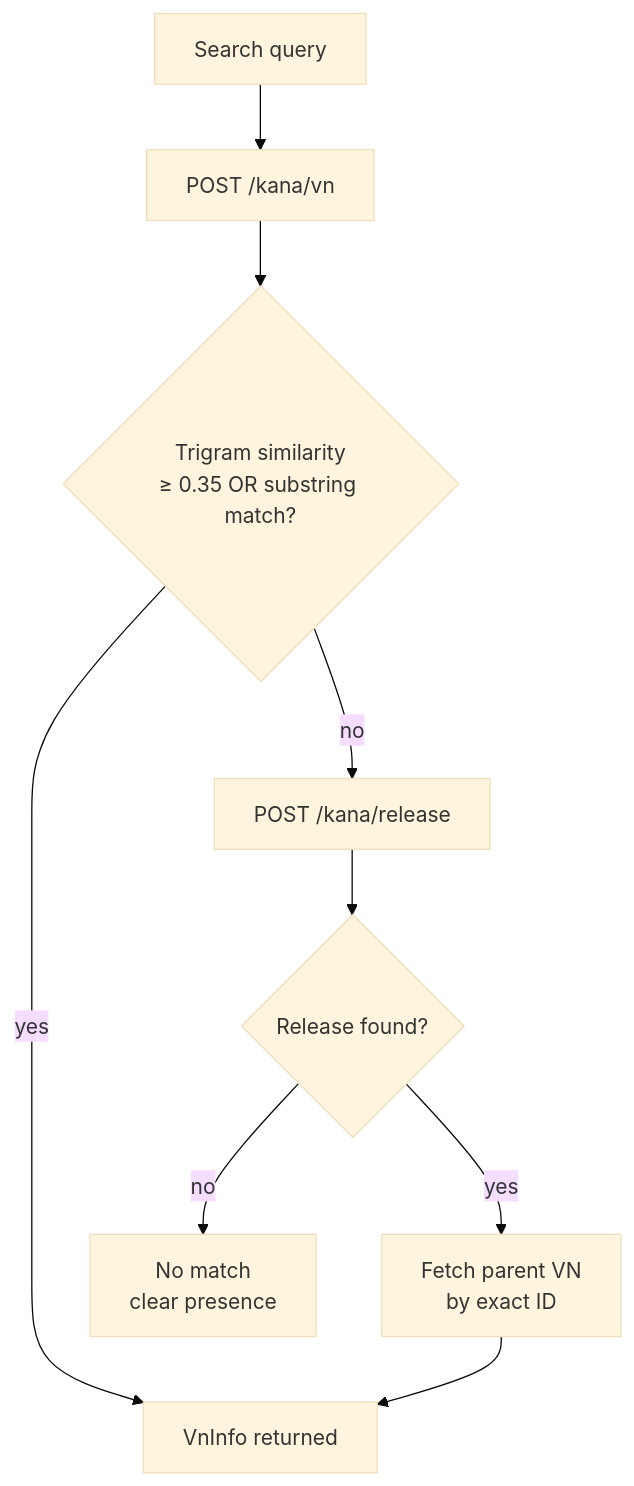
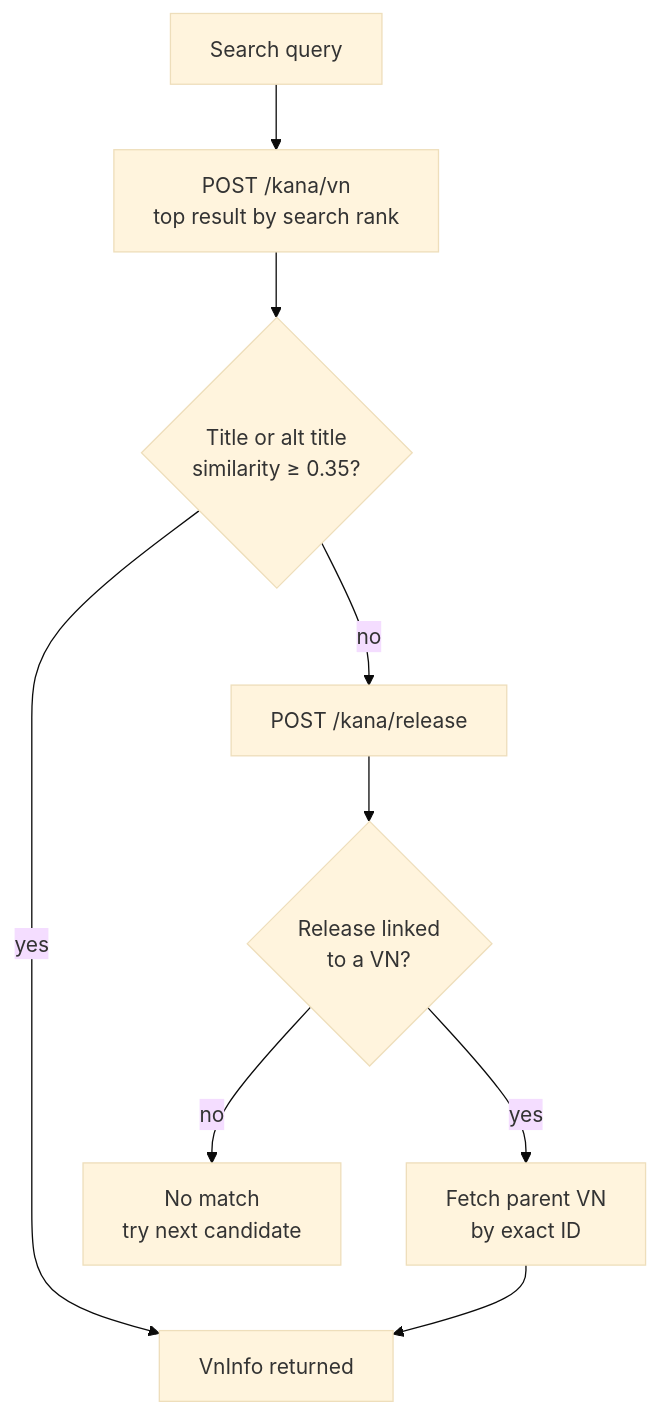
The fourth of 6 diagrams in README.md (jayng9663/VN-Presence), drawn with Mermaid (base theme) before and after one commit. The commit also changed other lines of this file, not shown here.

Commit message:
docs: fix flowchart line breaks and match charts to current behaviour

````diff
--- a/README.md
+++ b/README.md
@@ -94,11 +112,11 @@
 ```mermaid
 flowchart TD
-    Q[Search query] --> VN[POST /kana/vn]
-    VN --> SIM{Trigram similarity\n≥ 0.35 OR substring match?}
+    Q[Search query] --> VN[POST /kana/vn<br>top result by search rank]
+    VN --> SIM{Title or alt title<br>similarity ≥ 0.35?}
     SIM -- yes --> MATCH[VnInfo returned]
     SIM -- no --> REL[POST /kana/release]
-    REL --> FOUND{Release found?}
-    FOUND -- yes --> ID[Fetch parent VN\nby exact ID]
+    REL --> FOUND{Release linked<br>to a VN?}
+    FOUND -- yes --> ID[Fetch parent VN<br>by exact ID]
     ID --> MATCH
-    FOUND -- no --> NOMATCH[No match\nclear presence]
+    FOUND -- no --> NOMATCH[No match<br>try next candidate]
 ```
````
